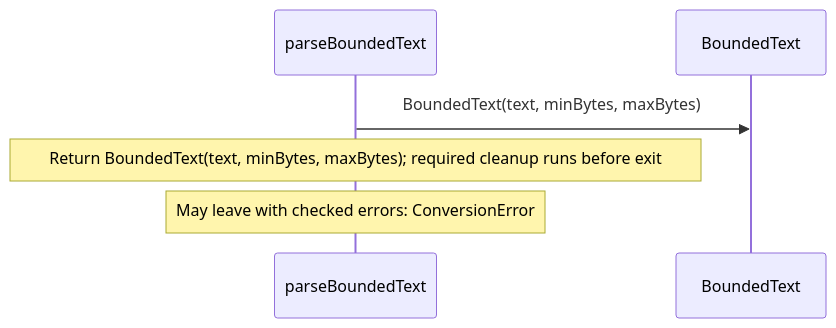
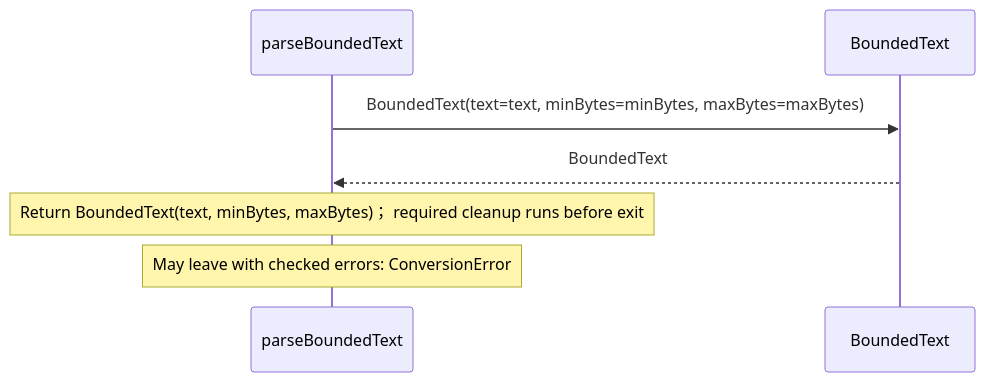
Before and after one commit to GreenPandaStudios/augscript: the fifth of 5 diagrams in src/stdlib/values/text.aug.diagrams.md, drawn with Mermaid. The commit also changed other lines of this file and 524 other files, not shown here.

Commit message:
Explain checked data flow at folder and service levels

````diff
--- a/src/stdlib/values/text.aug.diagrams.md
+++ b/src/stdlib/values/text.aug.diagrams.md
@@ -122,8 +108,9 @@
 ```mermaid
 sequenceDiagram
     participant p0 as parseBoundedText
     participant p1 as BoundedText
-    p0->>p1: BoundedText(text, minBytes, maxBytes)
-    Note over p0: Return BoundedText(text, minBytes, maxBytes)#59; required cleanup runs before exit
+    p0->>p1: BoundedText(text=text, minBytes=minBytes, maxBytes=maxBytes)
+    p1-->>p0: BoundedText
+    Note over p0: Return BoundedText(text, minBytes, maxBytes)； required cleanup runs before exit
     Note over p0: May leave with checked errors: ConversionError
 ```
````
